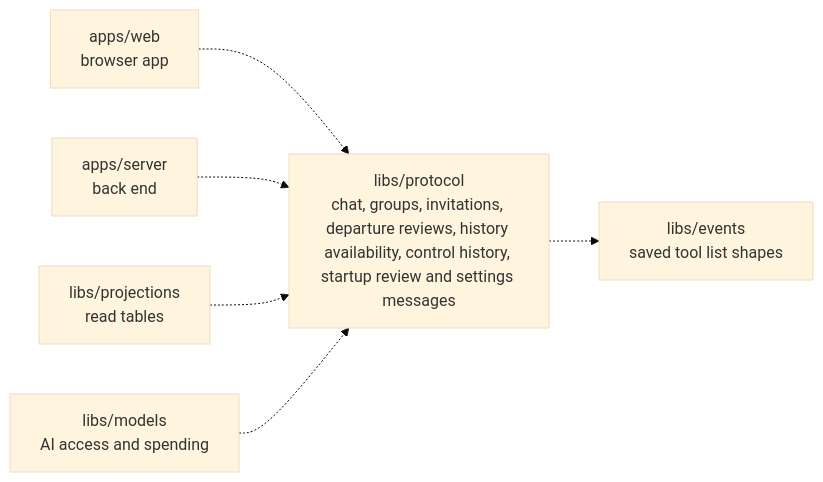
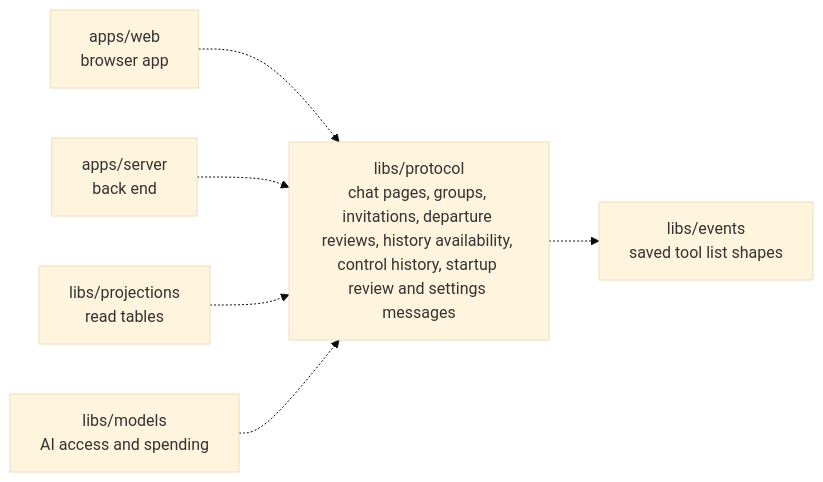
One commit to elewa-git/opencrane-new changed the diagram in libs/protocol/README.md. Above: the diagram before and after it, drawn with Mermaid (base theme). The commit also changed other lines of this file and 15 other files, not shown here.

````diff
--- a/libs/protocol/README.md
+++ b/libs/protocol/README.md
@@ -11,8 +11,8 @@
 ```mermaid
 flowchart LR
-  web["apps/web<br/>browser app"] -.-> protocol["libs/protocol<br/>chat, groups, invitations, departure reviews, history availability, control history, startup review and settings messages"]
+  web["apps/web<br/>browser app"] -.-> protocol["libs/protocol<br/>chat pages, groups, invitations, departure reviews, history availability, control history, startup review and settings messages"]
   server["apps/server<br/>back end"] -.-> protocol
   projections["libs/projections<br/>read tables"] -.-> protocol
   models["libs/models<br/>AI access and spending"] -.-> protocol
   protocol -.-> events["libs/events<br/>saved tool list shapes"]
 ```
````
